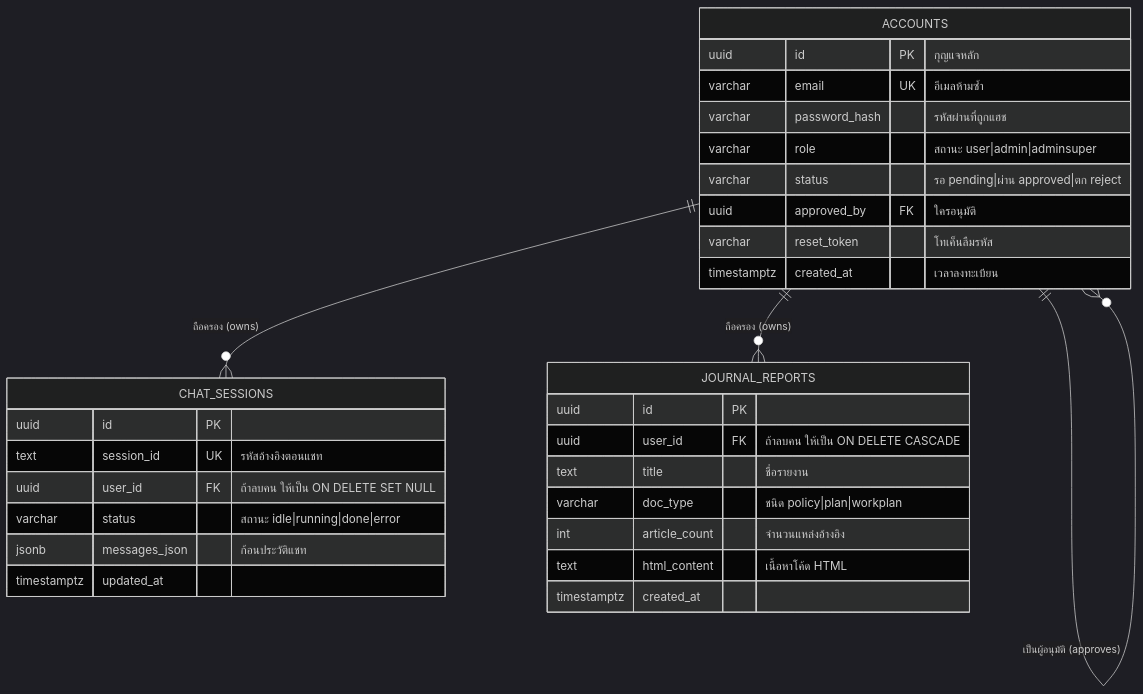
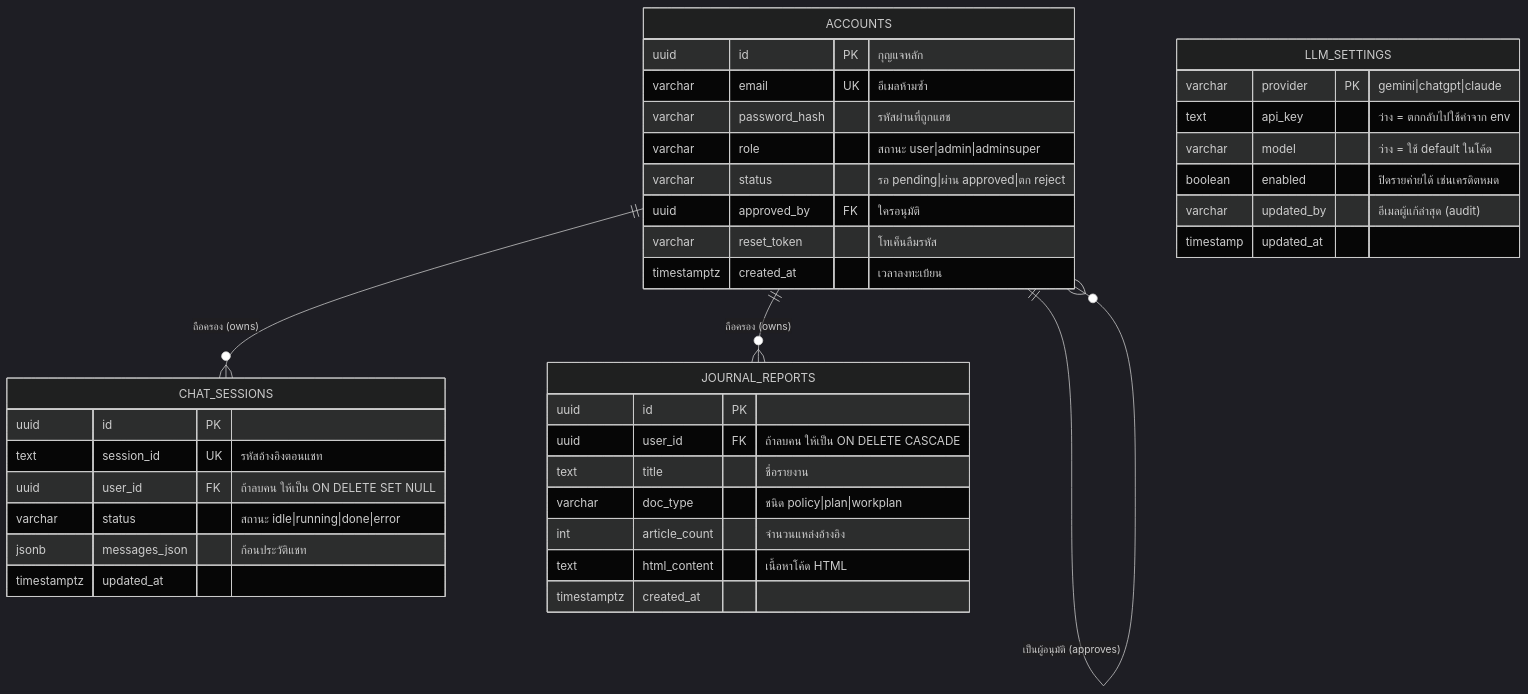
One commit to babankbro/musya-srs-vault changed the second of 5 diagrams in Design Architecture/04 - Data Architecture & Schema.md. Above: the diagram before and after it, drawn with Mermaid (dark theme). The commit also changed other lines of this file and 23 other files, not shown here.

````diff
--- a/Design Architecture/04 - Data Architecture & Schema.md
+++ b/Design Architecture/04 - Data Architecture & Schema.md
@@ -58,34 +58,42 @@
 ```mermaid
 erDiagram
     ACCOUNTS ||--o{ CHAT_SESSIONS  : "ถือครอง (owns)"
     ACCOUNTS ||--o{ JOURNAL_REPORTS : "ถือครอง (owns)"
     ACCOUNTS ||--o{ ACCOUNTS        : "เป็นผู้อนุมัติ (approves)"
 
     ACCOUNTS {
         uuid id PK "กุญแจหลัก"
         varchar email UK "อีเมลห้ามซ้ำ"
         varchar password_hash "รหัสผ่านที่ถูกแฮช"
         varchar role "สถานะ user|admin|adminsuper"
         varchar status "รอ pending|ผ่าน approved|ตก reject"
         uuid approved_by FK "ใครอนุมัติ"
         varchar reset_token "โทเค็นลืมรหัส"
         timestamptz created_at "เวลาลงทะเบียน"
     }
     CHAT_SESSIONS {
         uuid id PK
         text session_id UK "รหัสอ้างอิงตอนแชท"
         uuid user_id FK "ถ้าลบคน ให้เป็น ON DELETE SET NULL"
         varchar status "สถานะ idle|running|done|error"
         jsonb messages_json "ก้อนประวัติแชท"
         timestamptz updated_at
     }
     JOURNAL_REPORTS {
         uuid id PK
         uuid user_id FK "ถ้าลบคน ให้เป็น ON DELETE CASCADE"
         text title "ชื่อรายงาน"
         varchar doc_type "ชนิด policy|plan|workplan"
         int article_count "จำนวนแหล่งอ้างอิง"
         text html_content "เนื้อหาโค้ด HTML"
         timestamptz created_at
     }
+    LLM_SETTINGS {
+        varchar provider PK "gemini|chatgpt|claude"
+        text api_key "ว่าง = ตกกลับไปใช้ค่าจาก env"
+        varchar model "ว่าง = ใช้ default ในโค้ด"
+        boolean enabled "ปิดรายค่ายได้ เช่นเครดิตหมด"
+        varchar updated_by "อีเมลผู้แก้ล่าสุด (audit)"
+        timestamp updated_at
+    }
 ```
````
